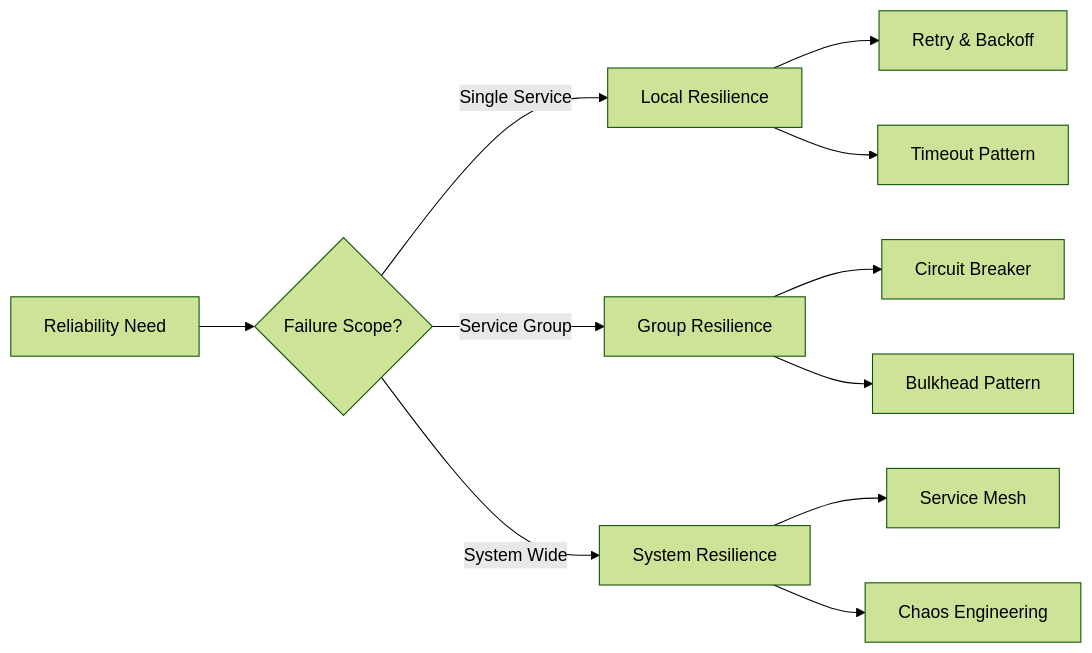
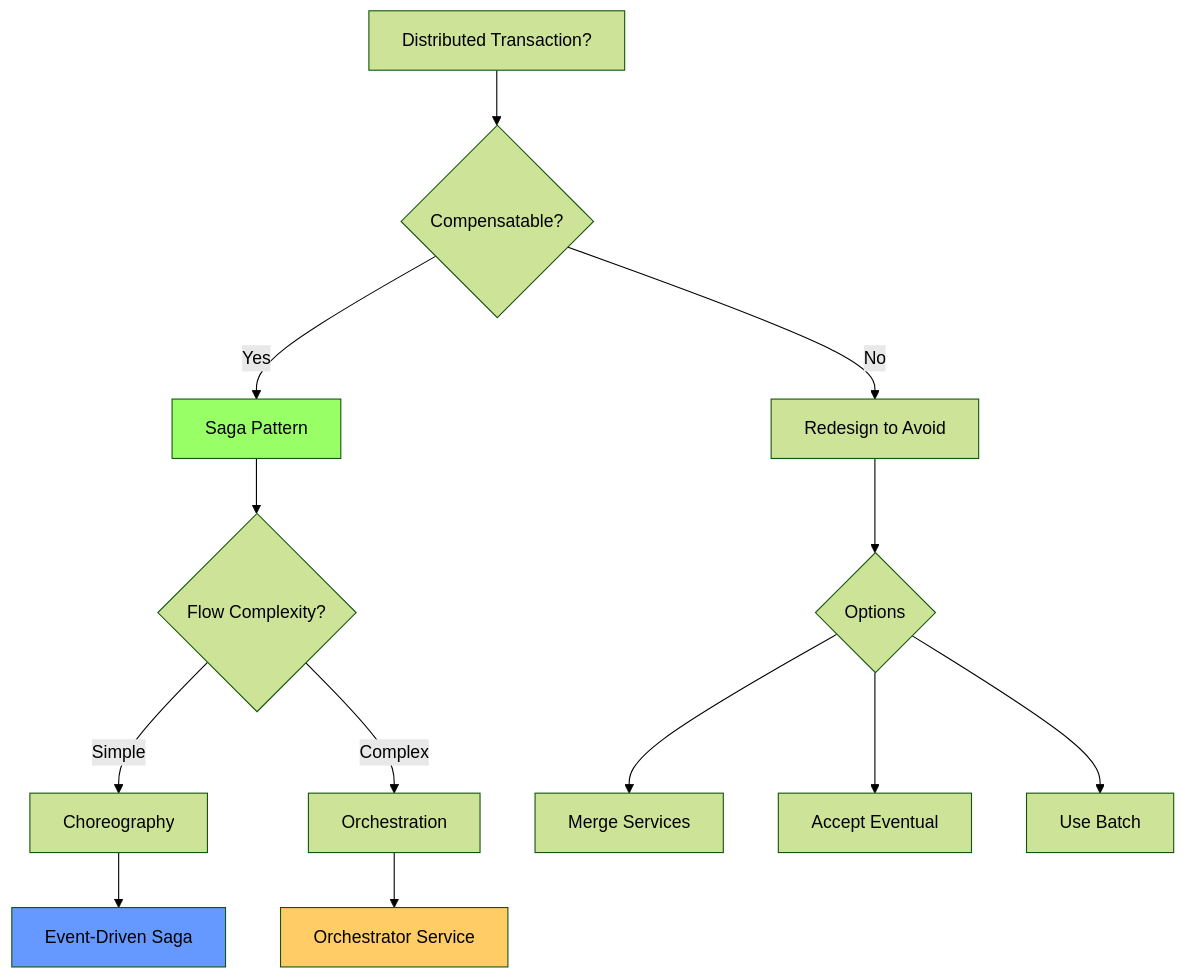
The third of 5 diagrams in docs/patterns/pattern-selector.md (deepaucksharma/DStudio), drawn with Mermaid (forest theme) before and after one commit. The commit also changed other lines of this file and 127 other files, not shown here.

````diff
--- a/docs/patterns/pattern-selector.md
+++ b/docs/patterns/pattern-selector.md
@@ -103,16 +296,23 @@
 ```mermaid
-graph LR
-    Start[Reliability Need] --> Scope{Failure Scope?}
+flowchart TD
+    Start[Distributed Transaction?] --> COMP{Compensatable?}
     
-    Scope -->|Single Service| Local[Local Resilience]
-    Local --> Retry[Retry & Backoff]
-    Local --> Timeout[Timeout Pattern]
+    COMP -->|Yes| SAGA[Saga Pattern]
+    COMP -->|No| AVOID[Redesign to Avoid]
     
-    Scope -->|Service Group| Group[Group Resilience]
-    Group --> Circuit[Circuit Breaker]
-    Group --> Bulkhead[Bulkhead Pattern]
+    SAGA --> FLOW{Flow Complexity?}
+    FLOW -->|Simple| CHOR[Choreography]
+    FLOW -->|Complex| ORCH[Orchestration]
     
-    Scope -->|System Wide| System[System Resilience]
-    System --> Mesh[Service Mesh]
-    System --> Chaos[Chaos Engineering]
+    CHOR --> EVENTS[Event-Driven Saga]
+    ORCH --> CENTRAL[Orchestrator Service]
+    
+    AVOID --> OPTIONS{Options}
+    OPTIONS --> OPT1[Merge Services]
+    OPTIONS --> OPT2[Accept Eventual]
+    OPTIONS --> OPT3[Use Batch]
+    
+    style SAGA fill:#9f6
+    style EVENTS fill:#69f
+    style CENTRAL fill:#fc6
 ```
````
